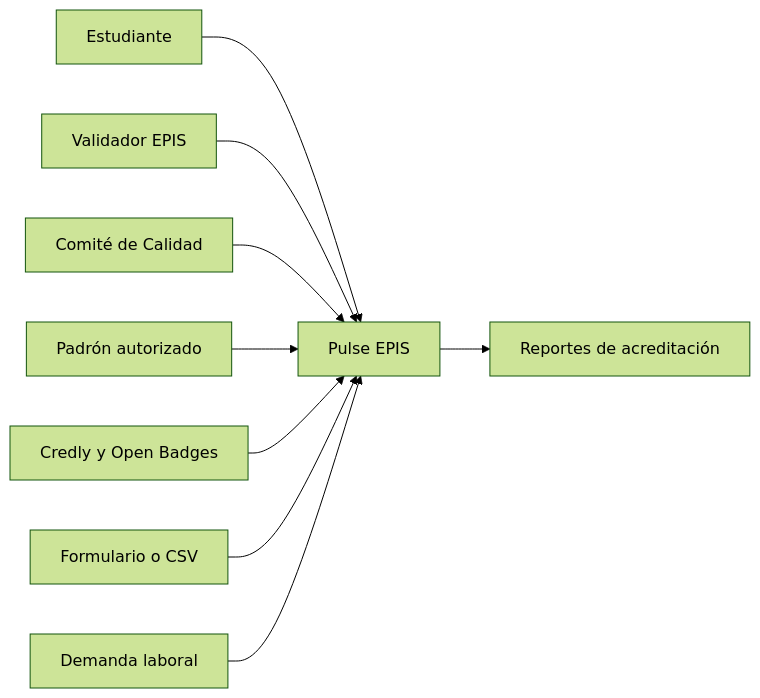
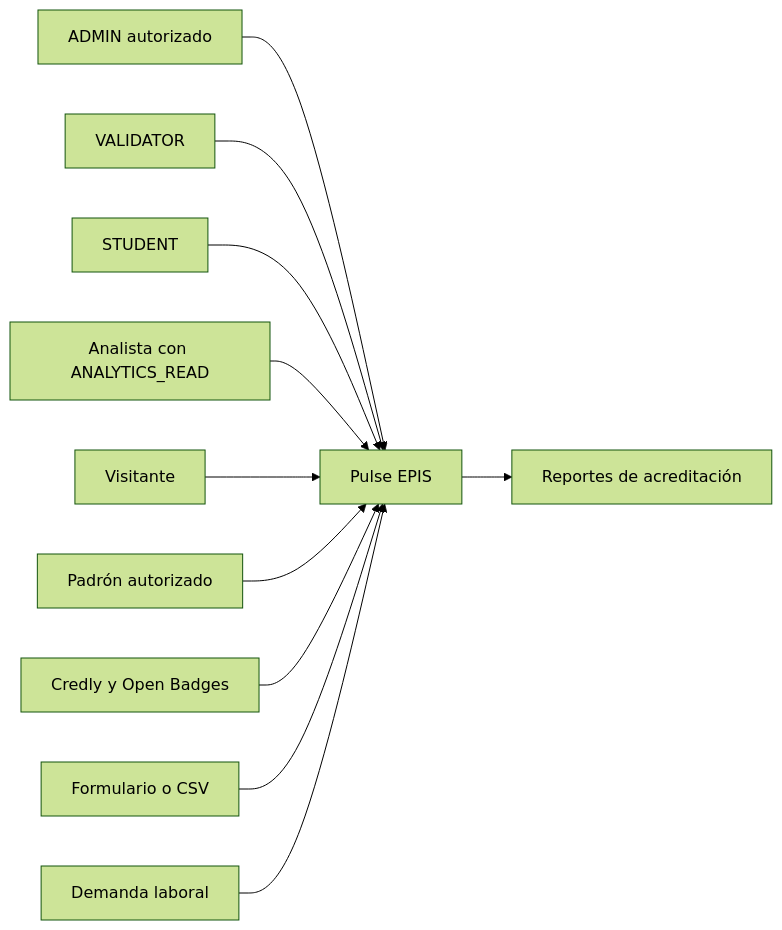
The first of 4 diagrams in docs/FD04-EPIS-Informe Arquitectura de Software.md (Kiara1616/pulse-epis), drawn with Mermaid (forest theme) before and after one commit. The commit also changed other lines of this file and 2 other files, not shown here.

````diff
--- a/docs/FD04-EPIS-Informe Arquitectura de Software.md
+++ b/docs/FD04-EPIS-Informe Arquitectura de Software.md
@@ -32,11 +38,13 @@
 ```mermaid
 flowchart LR
-  Student[Estudiante] --> Pulse[Pulse EPIS]
-  Validator[Validador EPIS] --> Pulse
-  Analyst[Comité de Calidad] --> Pulse
+  Admin[ADMIN autorizado] --> Pulse[Pulse EPIS]
+  Validator[VALIDATOR] --> Pulse
+  Student[STUDENT] --> Pulse
+  Analyst[Analista con ANALYTICS_READ] --> Pulse
+  Visitor[Visitante] --> Pulse
   Registry[Padrón autorizado] --> Pulse
   Badges[Credly y Open Badges] --> Pulse
   Forms[Formulario o CSV] --> Pulse
   Jobs[Demanda laboral] --> Pulse
   Pulse --> Reports[Reportes de acreditación]
 ```
````
